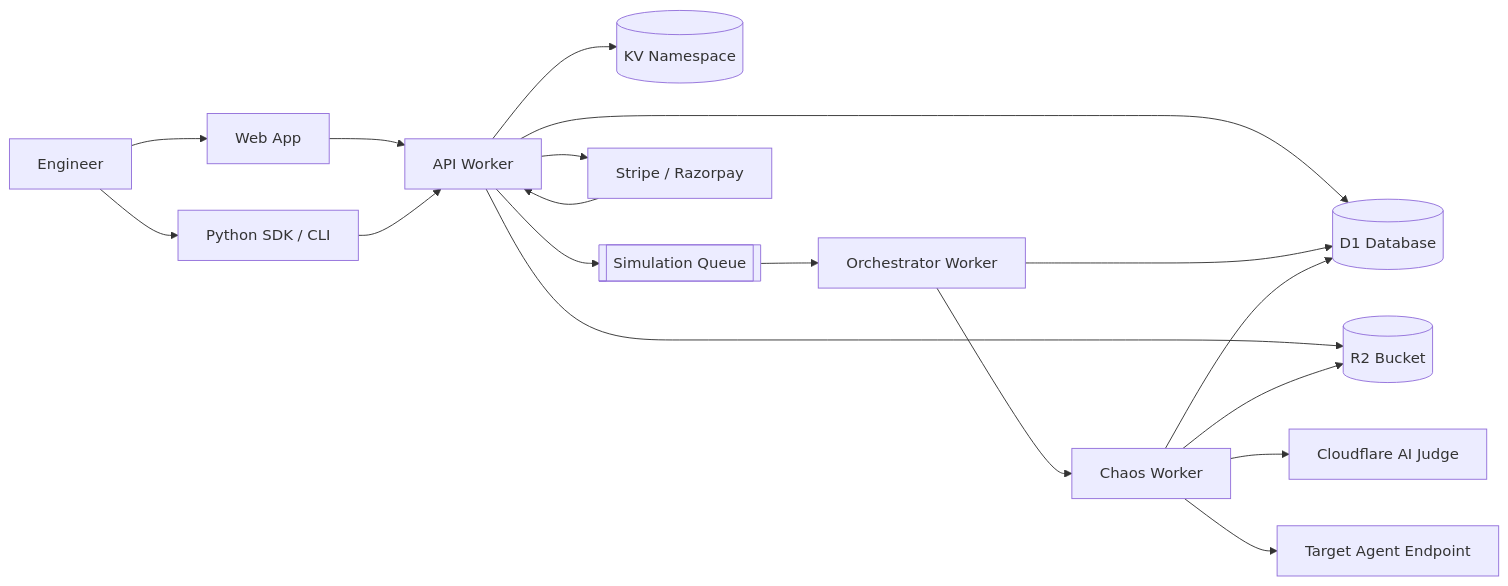
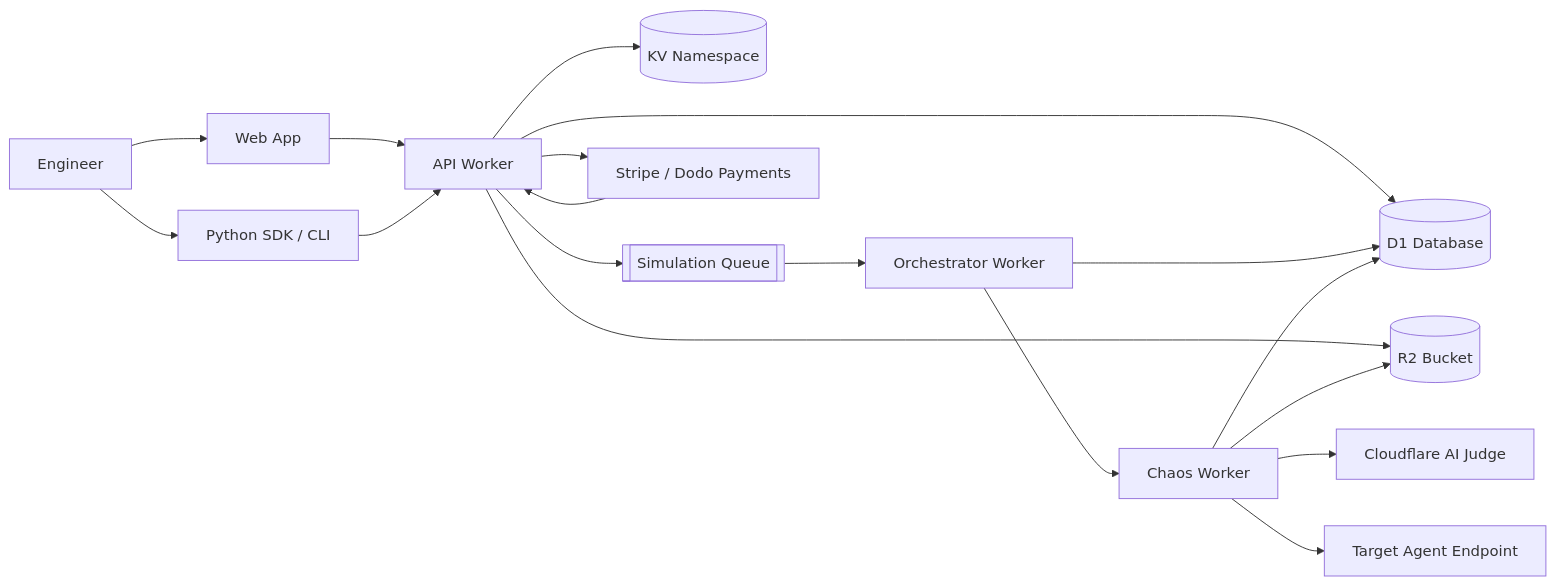
The first of 3 diagrams in README.md (kaadipranav/WATCHLLM-core), drawn with Mermaid before and after one commit. The commit also changed other lines of this file and 15 other files, not shown here.

First line of the commit message:
feat: Integrate Dodo Payments as a new payment provider

````diff
--- a/README.md
+++ b/README.md
@@ -30,25 +30,25 @@
 ```mermaid
 flowchart LR
     U[Engineer] --> W[Web App]
     U --> S[Python SDK / CLI]
 
     W --> API[API Worker]
     S --> API
 
     API --> D1[(D1 Database)]
     API --> KV[(KV Namespace)]
     API --> R2[(R2 Bucket)]
     API --> Q[[Simulation Queue]]
 
     Q --> ORCH[Orchestrator Worker]
     ORCH --> D1
     ORCH --> CHAOS[Chaos Worker]
 
     CHAOS --> D1
     CHAOS --> R2
     CHAOS --> AI[Cloudflare AI Judge]
     CHAOS --> AGENT[Target Agent Endpoint]
 
-    API --> PAY[Stripe / Razorpay]
+    API --> PAY[Stripe / Dodo Payments]
     PAY --> API
 ```
````
